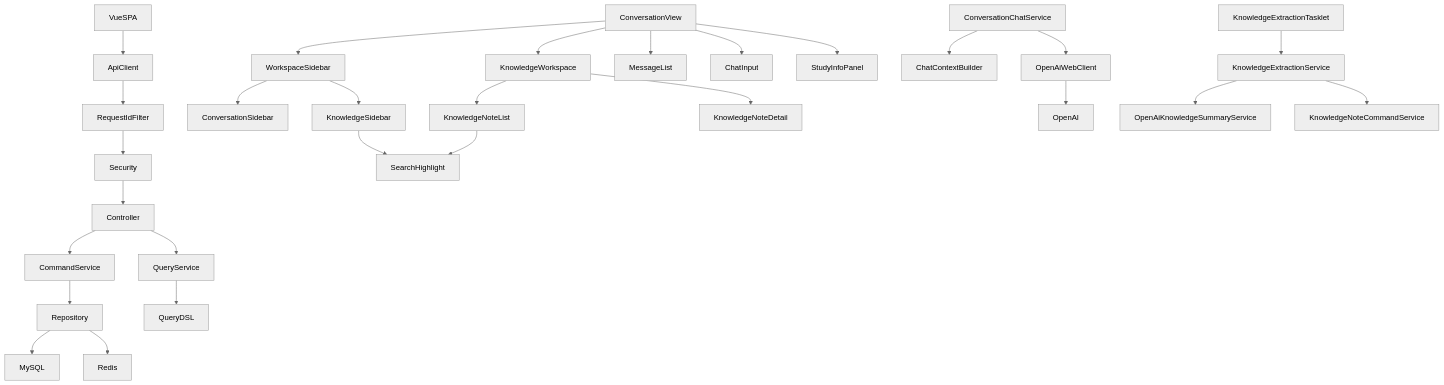
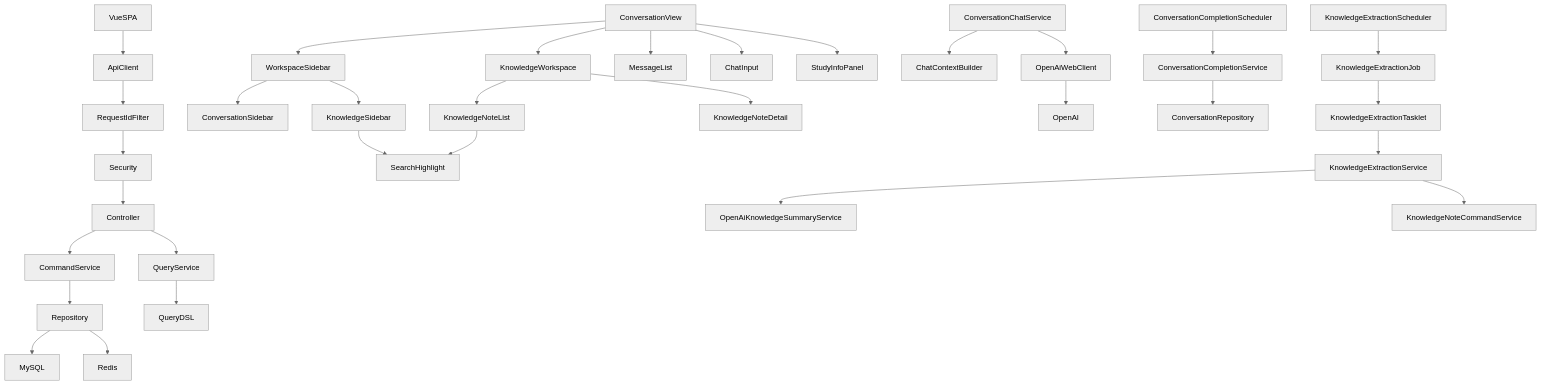
The diagram in README.md (keunoh/feldbuch), drawn with Mermaid (neutral theme) before and after one commit. The commit also changed other lines of this file and 1 other file, not shown here.

````diff
--- a/README.md
+++ b/README.md
@@ -88,33 +93,37 @@
 ```mermaid
 flowchart TD
     VueSPA --> ApiClient
     ApiClient --> RequestIdFilter
     RequestIdFilter --> Security
     Security --> Controller
     Controller --> CommandService
     Controller --> QueryService
     CommandService --> Repository
     QueryService --> QueryDSL
     Repository --> MySQL
     Repository --> Redis
 
     ConversationView --> WorkspaceSidebar
     WorkspaceSidebar --> ConversationSidebar
     WorkspaceSidebar --> KnowledgeSidebar
     ConversationView --> KnowledgeWorkspace
     ConversationView --> MessageList
     ConversationView --> ChatInput
     ConversationView --> StudyInfoPanel
     KnowledgeWorkspace --> KnowledgeNoteList
     KnowledgeWorkspace --> KnowledgeNoteDetail
     KnowledgeNoteList --> SearchHighlight
     KnowledgeSidebar --> SearchHighlight
 
     ConversationChatService --> ChatContextBuilder
     ConversationChatService --> OpenAiWebClient
     OpenAiWebClient --> OpenAI
 
+    ConversationCompletionScheduler --> ConversationCompletionService
+    ConversationCompletionService --> ConversationRepository
+    KnowledgeExtractionScheduler --> KnowledgeExtractionJob
+    KnowledgeExtractionJob --> KnowledgeExtractionTasklet
     KnowledgeExtractionTasklet --> KnowledgeExtractionService
     KnowledgeExtractionService --> OpenAiKnowledgeSummaryService
     KnowledgeExtractionService --> KnowledgeNoteCommandService
 ```
````
